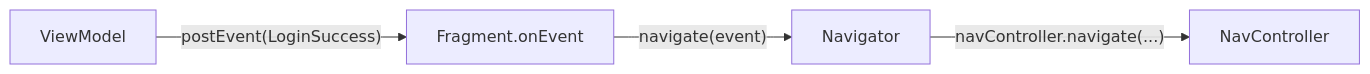
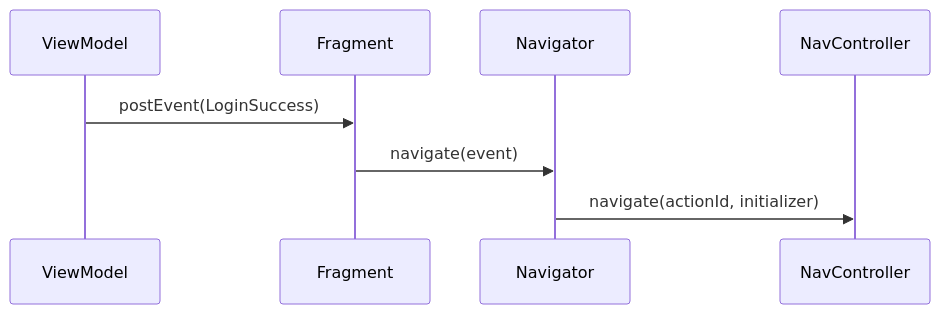
The diagram in docs/android-view/navigation.es.md (carmabs/Ema), drawn with Mermaid before and after one commit. The commit also changed 11 other files, not shown here.

First line of the commit message:
Redraw the diagrams without crossing arrows

````diff
--- a/docs/android-view/navigation.es.md
+++ b/docs/android-view/navigation.es.md
@@ -6,6 +6,10 @@
 ```mermaid
-flowchart LR
-    VM[ViewModel] -- "postEvent(LoginSuccess)" --> V[Fragment.onEvent]
-    V -- "navigate(event)" --> N[Navigator]
-    N -- "navController.navigate(...)" --> NC[NavController]
+sequenceDiagram
+    participant VM as ViewModel
+    participant F as Fragment
+    participant N as Navigator
+    participant NC as NavController
+    VM->>F: postEvent(LoginSuccess)
+    F->>N: navigate(event)
+    N->>NC: navigate(actionId, initializer)
 ```
````
